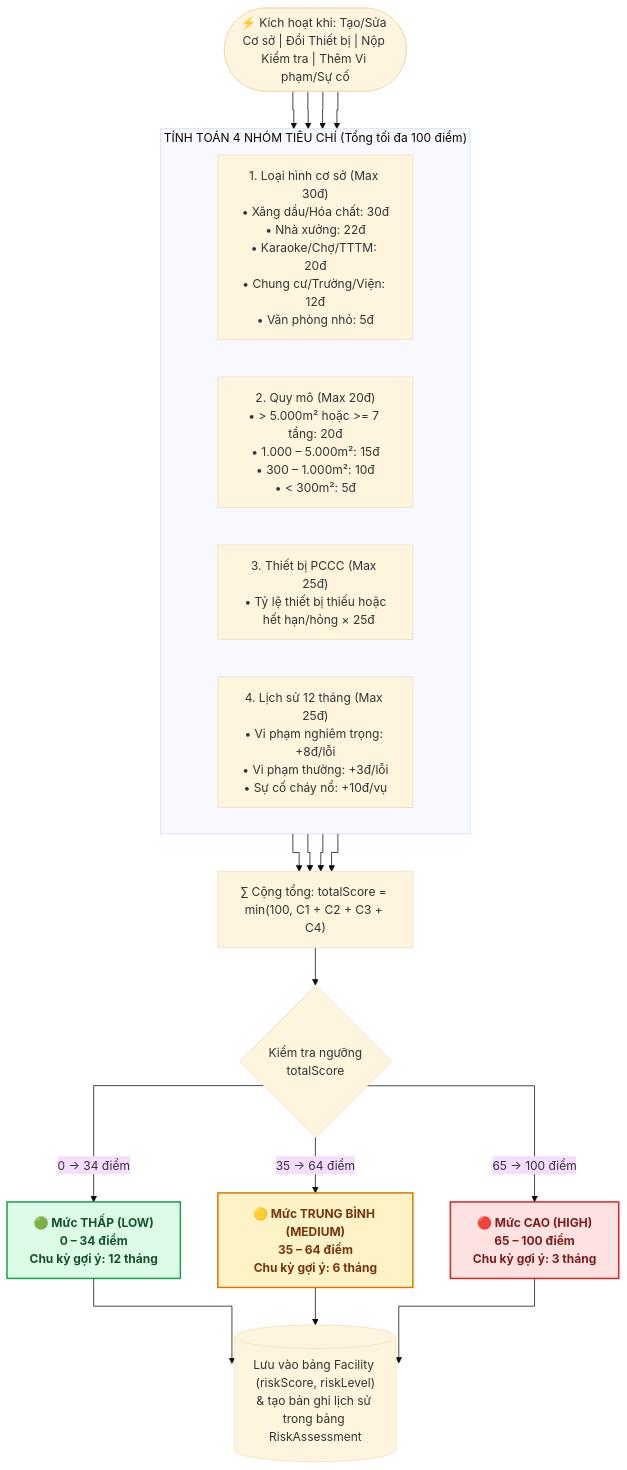
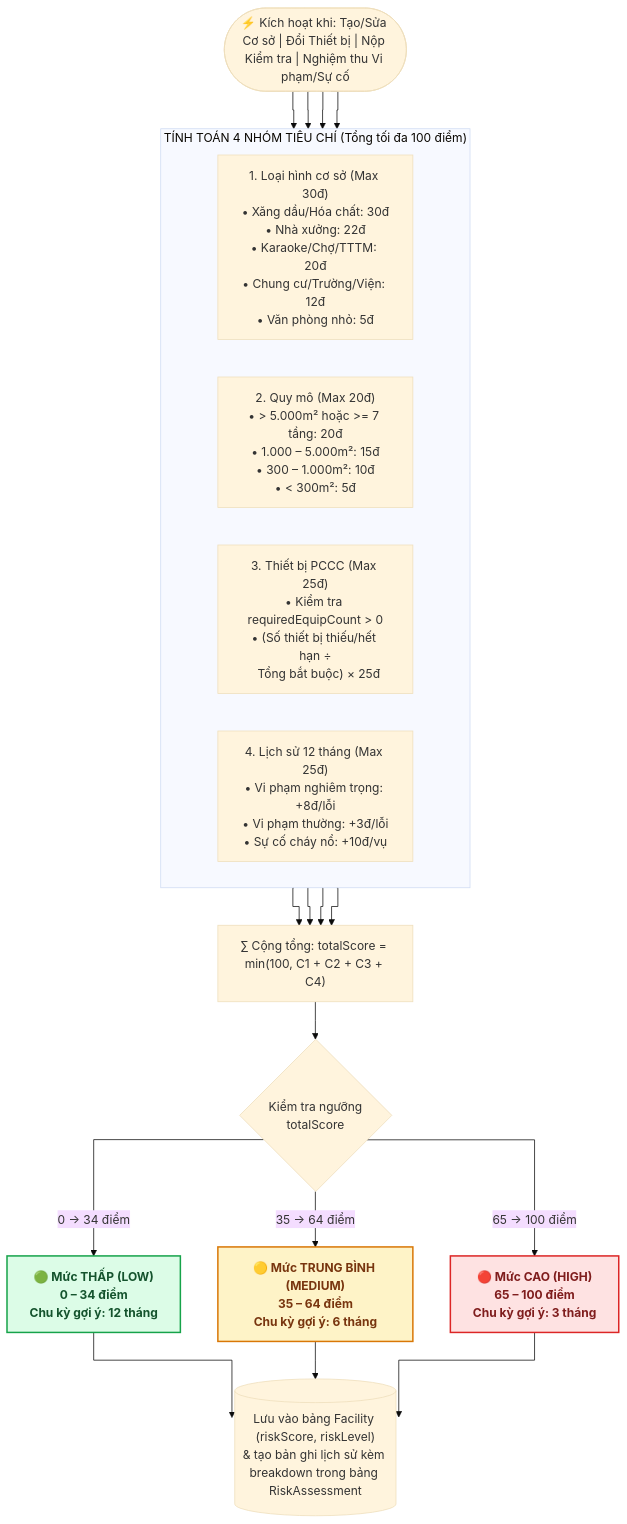
The fourth of 5 diagrams in docs/06_SO_DO_HE_THONG.md (HuyDev19/G18-FireSafety-System), drawn with Mermaid before and after one commit. The commit also changed other lines of this file and 4 other files, not shown here.

````diff
--- a/docs/06_SO_DO_HE_THONG.md
+++ b/docs/06_SO_DO_HE_THONG.md
@@ -229,39 +230,39 @@
 ```mermaid
 %%{init: {'theme': 'base', 'flowchart': {'curve': 'stepAfter'}}}%%
 flowchart TD
-    START(["⚡ Kích hoạt khi: Tạo/Sửa Cơ sở | Đổi Thiết bị | Nộp Kiểm tra | Thêm Vi phạm/Sự cố"])
+    START(["⚡ Kích hoạt khi: Tạo/Sửa Cơ sở | Đổi Thiết bị | Nộp Kiểm tra | Nghiệm thu Vi phạm/Sự cố"])
     
     subgraph CALC ["TÍNH TOÁN 4 NHÓM TIÊU CHÍ (Tổng tối đa 100 điểm)"]
         direction LR
         C1["1. Loại hình cơ sở (Max 30đ)<br/>• Xăng dầu/Hóa chất: 30đ<br/>• Nhà xưởng: 22đ<br/>• Karaoke/Chợ/TTTM: 20đ<br/>• Chung cư/Trường/Viện: 12đ<br/>• Văn phòng nhỏ: 5đ"]
         C2["2. Quy mô (Max 20đ)<br/>• > 5.000m² hoặc >= 7 tầng: 20đ<br/>• 1.000 – 5.000m²: 15đ<br/>• 300 – 1.000m²: 10đ<br/>• < 300m²: 5đ"]
-        C3["3. Thiết bị PCCC (Max 25đ)<br/>• Tỷ lệ thiết bị thiếu hoặc<br/>  hết hạn/hỏng × 25đ"]
+        C3["3. Thiết bị PCCC (Max 25đ)<br/>• Kiểm tra requiredEquipCount > 0<br/>• (Số thiết bị thiếu/hết hạn ÷<br/>  Tổng bắt buộc) × 25đ"]
         C4["4. Lịch sử 12 tháng (Max 25đ)<br/>• Vi phạm nghiêm trọng: +8đ/lỗi<br/>• Vi phạm thường: +3đ/lỗi<br/>• Sự cố cháy nổ: +10đ/vụ"]
     end
 
     SUM["∑ Cộng tổng: totalScore = min(100, C1 + C2 + C3 + C4)"]
     CHECK_SCORE{"Kiểm tra ngưỡng<br/>totalScore"}
 
     LOW["🟢 Mức THẤP (LOW)<br/>0 – 34 điểm<br/>Chu kỳ gợi ý: 12 tháng"]
     MED["🟡 Mức TRUNG BÌNH (MEDIUM)<br/>35 – 64 điểm<br/>Chu kỳ gợi ý: 6 tháng"]
     HIGH["🔴 Mức CAO (HIGH)<br/>65 – 100 điểm<br/>Chu kỳ gợi ý: 3 tháng"]
 
-    SAVE[("Lưu vào bảng Facility (riskScore, riskLevel)<br/>& tạo bản ghi lịch sử trong bảng RiskAssessment")]
+    SAVE[("Lưu vào bảng Facility (riskScore, riskLevel)<br/>& tạo bản ghi lịch sử kèm breakdown trong bảng RiskAssessment")]
 
     START --> C1 & C2 & C3 & C4
     C1 & C2 & C3 & C4 --> SUM
     SUM --> CHECK_SCORE
 
     CHECK_SCORE -- "0 -> 34 điểm" --> LOW
     CHECK_SCORE -- "35 -> 64 điểm" --> MED
     CHECK_SCORE -- "65 -> 100 điểm" --> HIGH
 
     LOW & MED & HIGH --> SAVE
 
     classDef lowBox fill:#dcfce7,stroke:#16a34a,color:#14532d,stroke-width:2px,font-weight:bold;
     classDef medBox fill:#fef3c7,stroke:#d97706,color:#78350f,stroke-width:2px,font-weight:bold;
     classDef highBox fill:#fee2e2,stroke:#dc2626,color:#7f1d1d,stroke-width:2px,font-weight:bold;
     class LOW lowBox;
     class MED medBox;
     class HIGH highBox;
 ```
````
